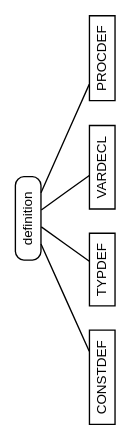
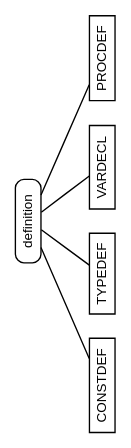
The diagram in definition.dot (m2sf/M2-AST-Node-Diagrams), drawn with Graphviz before and after one commit.

```diff
--- a/definition.dot
+++ b/definition.dot
@@ -1,61 +1,61 @@
 /* AST node diagram generator script collection for M2C, M2J and M2Sharp.
  *
  * Copyright (c) 2016 The Modula-2 Software Foundation
  *
  * Author & Maintainer: Benjamin Kowarsch <org.m2sf>
  *
  * @synopsis
  *
  * The M2C, M2J and M2Sharp compilers are multi-dialect Modula-2 translators
  * and compilers respectively targeting C99, Java/JVM and C#/CLR, sharing a
  * common abstract syntax tree (AST) specification.
  *
  * The AST node diagram generator script collection consists of Graphviz DOT
  * descriptions for all AST node types of the common AST specification.
  *
  * The Graphviz dot utility is required to generate the diagrams. 
  * It may be obtained from http://www.graphviz.org/download.php.
  *
  * @repository
  *
  * https://github.com/m2sf/m2-ast-node-diagrams
  *
  * @file
  *
  * definition.dot
  *
  * definition nodes diagram.
  *
  * Usage: $ dot definition.dot -Tps > definition.ps
  *
  * @license
  *
  * This is free software: you can redistribute and/or modify it under the
  * terms of the GNU Lesser General Public License (LGPL) either version 2.1
  * or at your choice version 3 as published by the Free Software Foundation.
  * However, you may not alter the copyright, author and license information.
  *
  * It is distributed in the hope that it will be useful,  but WITHOUT
  * ANY WARRANTY; without even the implied warranty of MERCHANTABILITY or
  * FITNESS FOR A PARTICULAR PURPOSE.  Read the license for more details.
  *
  * You should have received a copy of the GNU Lesser General Public License.
  * If not, see <https://www.gnu.org/copyleft/lesser.html>.
  *
  * NB: Components in the domain part of email addresses are in reverse order.
  */
 
 /*** definition ***/
 
 digraph definition {
   graph [orientation=landscape,fontname=helvetica];
   node [fontname=helvetica,fontsize=10,shape=box,height=0.25];
     
   node [style=solid];
   edge [style=solid,arrowhead=none];
   
-  definition -> { CONSTDEF TYPDEF VARDECL PROCDEF };
+  definition -> { CONSTDEF TYPEDEF VARDECL PROCDEF };
   definition [style=rounded];
 }
 
 /* END OF FILE */
```
